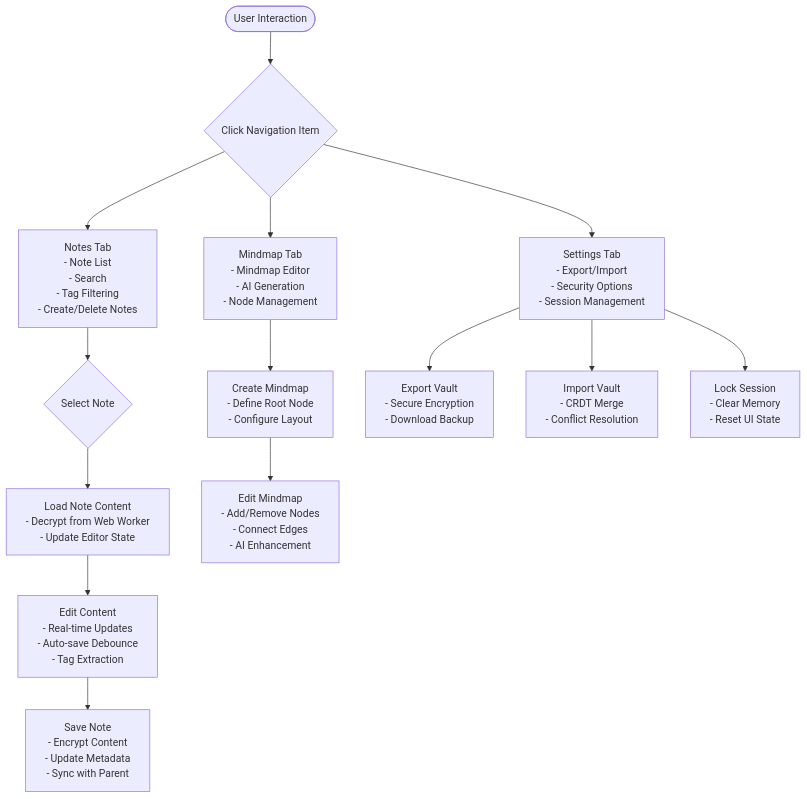
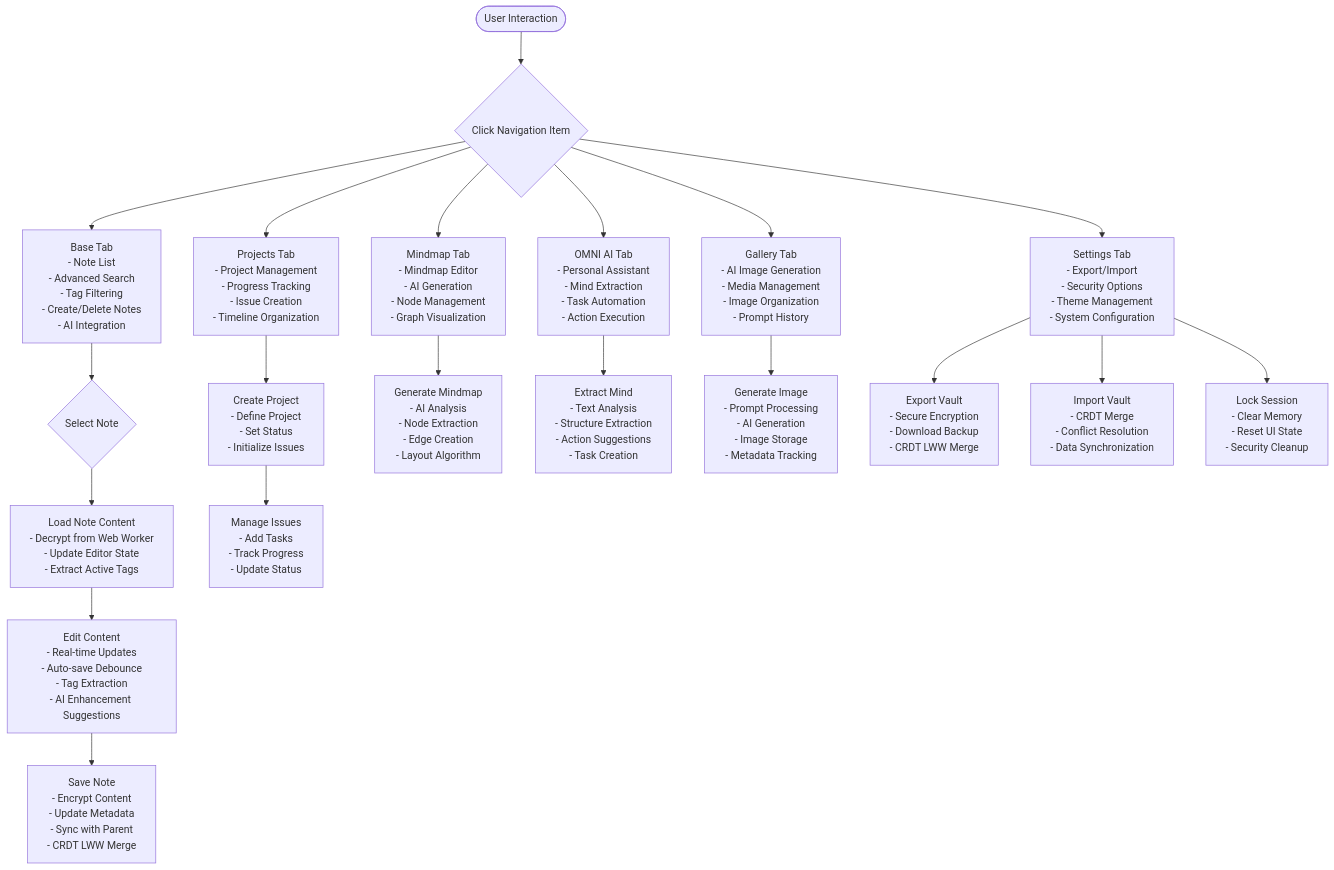
Before and after one commit to andreihicatilooo-droid/OMNI-TODO: the fourth of 5 diagrams in .qoder/repowiki/en/content/User Interface Components/Vault Dashboard Component.md, drawn with Mermaid. The commit also changed other lines of this file and 19 other files, not shown here.

First line of the commit message:
docs(vault-dashboard): rewrite documentation and update architecture overview

````diff
--- a/.qoder/repowiki/en/content/User Interface Components/Vault Dashboard Component.md
+++ b/.qoder/repowiki/en/content/User Interface Components/Vault Dashboard Component.md
@@ -208,16 +271,22 @@
 ```mermaid
 flowchart TD
 Start([User Interaction]) --> ClickNav{Click Navigation Item}
-ClickNav --> NotesTab["Notes Tab<br/>- Note List<br/>- Search<br/>- Tag Filtering<br/>- Create/Delete Notes"]
-ClickNav --> MindmapTab["Mindmap Tab<br/>- Mindmap Editor<br/>- AI Generation<br/>- Node Management"]
-ClickNav --> SettingsTab["Settings Tab<br/>- Export/Import<br/>- Security Options<br/>- Session Management"]
-NotesTab --> NoteSelection{Select Note}
-NoteSelection --> LoadContent["Load Note Content<br/>- Decrypt from Web Worker<br/>- Update Editor State"]
-LoadContent --> EditContent["Edit Content<br/>- Real-time Updates<br/>- Auto-save Debounce<br/>- Tag Extraction"]
-EditContent --> SaveNote["Save Note<br/>- Encrypt Content<br/>- Update Metadata<br/>- Sync with Parent"]
-MindmapTab --> CreateMindmap["Create Mindmap<br/>- Define Root Node<br/>- Configure Layout"]
-CreateMindmap --> EditMindmap["Edit Mindmap<br/>- Add/Remove Nodes<br/>- Connect Edges<br/>- AI Enhancement"]
-SettingsTab --> ExportVault["Export Vault<br/>- Secure Encryption<br/>- Download Backup"]
-SettingsTab --> ImportVault["Import Vault<br/>- CRDT Merge<br/>- Conflict Resolution"]
-SettingsTab --> LockSession["Lock Session<br/>- Clear Memory<br/>- Reset UI State"]
+ClickNav --> BaseTab["Base Tab<br/>- Note List<br/>- Advanced Search<br/>- Tag Filtering<br/>- Create/Delete Notes<br/>- AI Integration"]
+ClickNav --> ProjectsTab["Projects Tab<br/>- Project Management<br/>- Progress Tracking<br/>- Issue Creation<br/>- Timeline Organization"]
+ClickNav --> MindmapTab["Mindmap Tab<br/>- Mindmap Editor<br/>- AI Generation<br/>- Node Management<br/>- Graph Visualization"]
+ClickNav --> OmniTab["OMNI AI Tab<br/>- Personal Assistant<br/>- Mind Extraction<br/>- Task Automation<br/>- Action Execution"]
+ClickNav --> GalleryTab["Gallery Tab<br/>- AI Image Generation<br/>- Media Management<br/>- Image Organization<br/>- Prompt History"]
+ClickNav --> SettingsTab["Settings Tab<br/>- Export/Import<br/>- Security Options<br/>- Theme Management<br/>- System Configuration"]
+BaseTab --> NoteSelection{Select Note}
+NoteSelection --> LoadContent["Load Note Content<br/>- Decrypt from Web Worker<br/>- Update Editor State<br/>- Extract Active Tags"]
+LoadContent --> EditContent["Edit Content<br/>- Real-time Updates<br/>- Auto-save Debounce<br/>- Tag Extraction<br/>- AI Enhancement Suggestions"]
+EditContent --> SaveNote["Save Note<br/>- Encrypt Content<br/>- Update Metadata<br/>- Sync with Parent<br/>- CRDT LWW Merge"]
+ProjectsTab --> CreateProject["Create Project<br/>- Define Project<br/>- Set Status<br/>- Initialize Issues"]
+CreateProject --> ManageIssues["Manage Issues<br/>- Add Tasks<br/>- Track Progress<br/>- Update Status"]
+MindmapTab --> GenerateMindmap["Generate Mindmap<br/>- AI Analysis<br/>- Node Extraction<br/>- Edge Creation<br/>- Layout Algorithm"]
+OmniTab --> ExtractMind["Extract Mind<br/>- Text Analysis<br/>- Structure Extraction<br/>- Action Suggestions<br/>- Task Creation"]
+GalleryTab --> GenerateImage["Generate Image<br/>- Prompt Processing<br/>- AI Generation<br/>- Image Storage<br/>- Metadata Tracking"]
+SettingsTab --> ExportVault["Export Vault<br/>- Secure Encryption<br/>- Download Backup<br/>- CRDT LWW Merge"]
+SettingsTab --> ImportVault["Import Vault<br/>- CRDT Merge<br/>- Conflict Resolution<br/>- Data Synchronization"]
+SettingsTab --> LockSession["Lock Session<br/>- Clear Memory<br/>- Reset UI State<br/>- Security Cleanup"]
 ```
````
